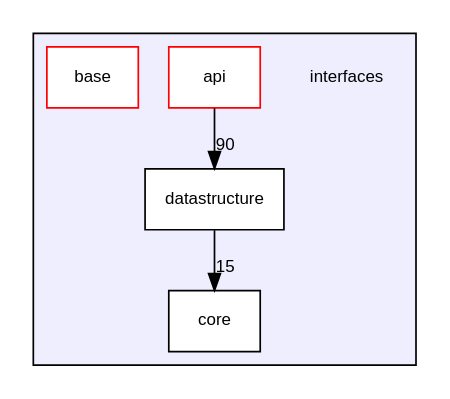
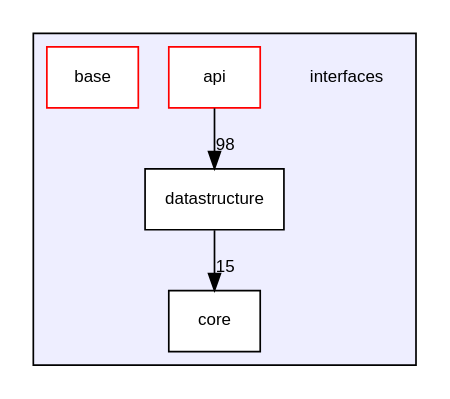
One commit to SolarFramework/solarframework.github.io changed the diagram in api_documentation/dir_ff6b5900125bb0123025c1cb24bdc726_dep.dot. Above: the diagram before and after it, drawn with Graphviz. The commit also changed 289 other files, not shown here.

```diff
--- a/api_documentation/dir_ff6b5900125bb0123025c1cb24bdc726_dep.dot
+++ b/api_documentation/dir_ff6b5900125bb0123025c1cb24bdc726_dep.dot
@@ -1,15 +1,15 @@
 digraph "interfaces" {
   compound=true
   node [ fontsize="10", fontname="Helvetica"];
   edge [ labelfontsize="10", labelfontname="Helvetica"];
   subgraph clusterdir_ff6b5900125bb0123025c1cb24bdc726 {
     graph [ bgcolor="#eeeeff", pencolor="black", label="" URL="dir_ff6b5900125bb0123025c1cb24bdc726.html"];
     dir_ff6b5900125bb0123025c1cb24bdc726 [shape=plaintext label="interfaces"];
   dir_5ccb2e05c35c6d85a94d42568a113e58 [shape=box label="api" fillcolor="white" style="filled" color="red" URL="dir_5ccb2e05c35c6d85a94d42568a113e58.html"];
   dir_f8e2f83a1766224d4d40557cf481cab5 [shape=box label="base" fillcolor="white" style="filled" color="red" URL="dir_f8e2f83a1766224d4d40557cf481cab5.html"];
   dir_77ad411c1185b239213b2b94f266553b [shape=box label="core" fillcolor="white" style="filled" URL="dir_77ad411c1185b239213b2b94f266553b.html"];
   dir_3163639002ef67c6c12f1b2ccf7afca4 [shape=box label="datastructure" fillcolor="white" style="filled" URL="dir_3163639002ef67c6c12f1b2ccf7afca4.html"];
   }
-  dir_3163639002ef67c6c12f1b2ccf7afca4->dir_77ad411c1185b239213b2b94f266553b [headlabel="15", labeldistance=1.5 headhref="dir_000027_000026.html"];
-  dir_5ccb2e05c35c6d85a94d42568a113e58->dir_3163639002ef67c6c12f1b2ccf7afca4 [headlabel="90", labeldistance=1.5 headhref="dir_000002_000027.html"];
+  dir_3163639002ef67c6c12f1b2ccf7afca4->dir_77ad411c1185b239213b2b94f266553b [headlabel="15", labeldistance=1.5 headhref="dir_000029_000028.html"];
+  dir_5ccb2e05c35c6d85a94d42568a113e58->dir_3163639002ef67c6c12f1b2ccf7afca4 [headlabel="98", labeldistance=1.5 headhref="dir_000002_000029.html"];
 }
```
